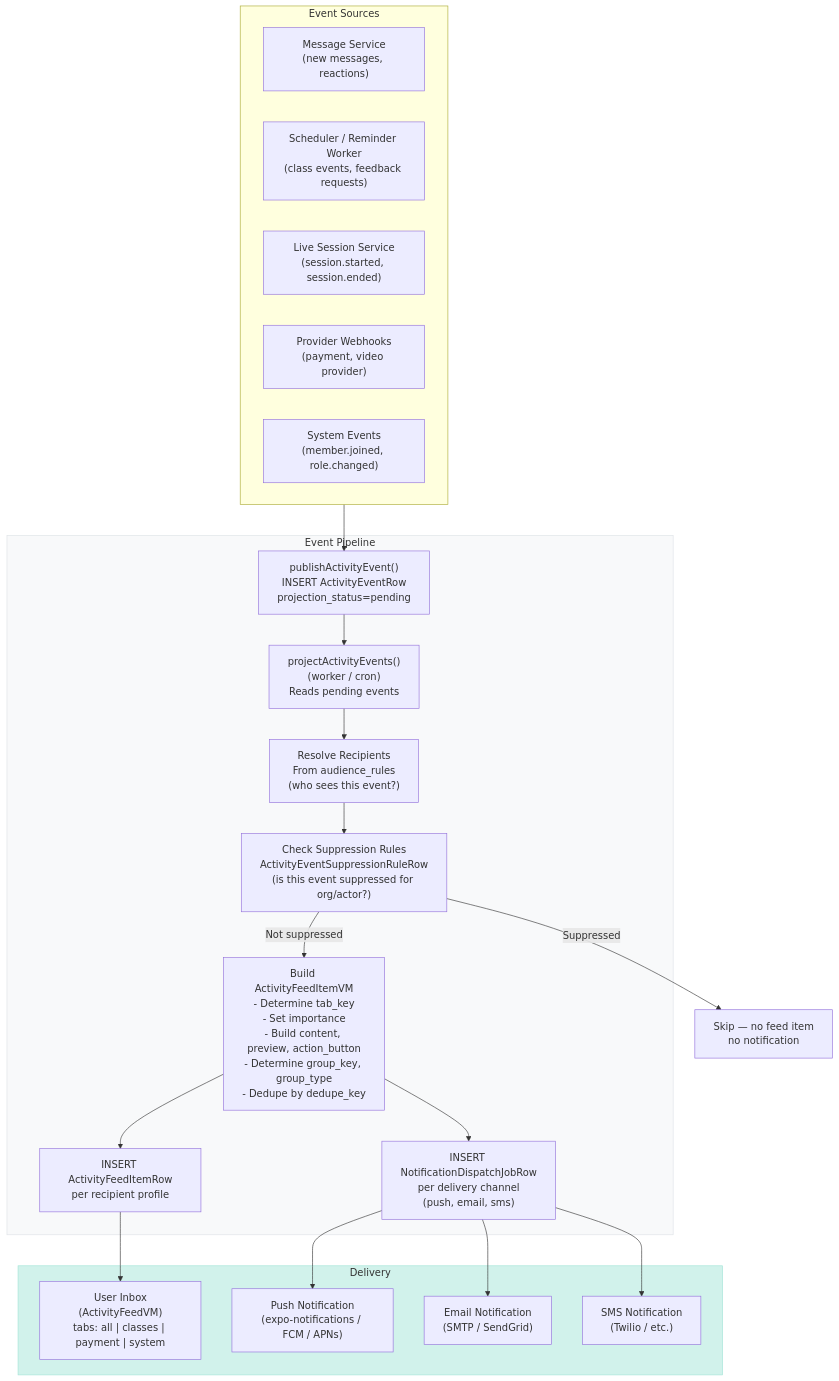
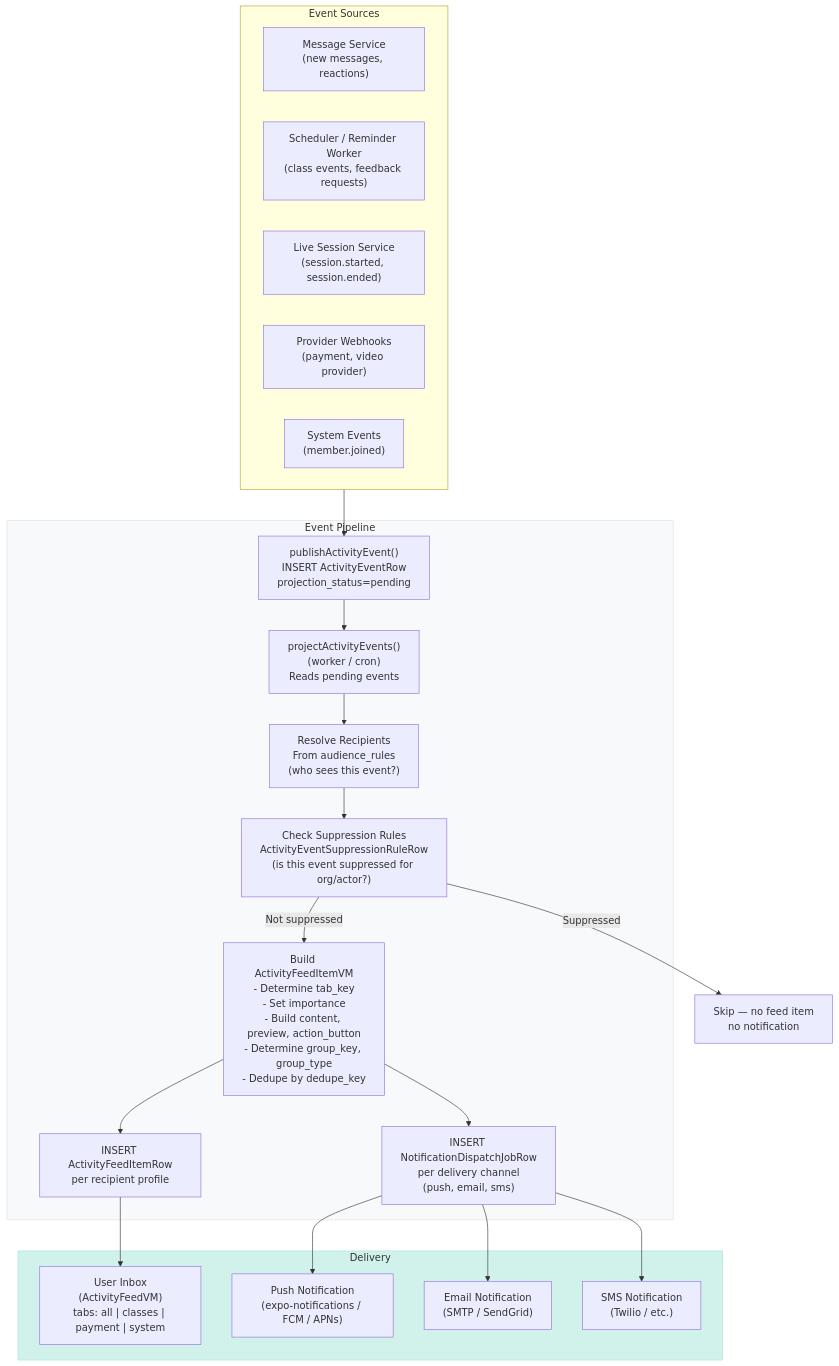
One commit to heidisoft/iconicedu-monorepo changed diagram 24 of 31 in docs/architecture/feature-diagrams.md. Above: the diagram before and after it, drawn with Mermaid. The commit also changed 20 other files, not shown here.

````diff
--- a/docs/architecture/feature-diagrams.md
+++ b/docs/architecture/feature-diagrams.md
@@ -1233,47 +1233,47 @@
 ```mermaid
 flowchart TD
     subgraph SOURCES["Event Sources"]
         MSG_SVC["Message Service\n(new messages, reactions)"]
         SCHED_SVC["Scheduler / Reminder Worker\n(class events, feedback requests)"]
         SESSION_SVC["Live Session Service\n(session.started, session.ended)"]
         WEBHOOK["Provider Webhooks\n(payment, video provider)"]
-        SYSTEM["System Events\n(member.joined, role.changed)"]
+        SYSTEM["System Events\n(member.joined)"]
     end
 
     subgraph PIPELINE["Event Pipeline"]
         PUBLISH["publishActivityEvent()\nINSERT ActivityEventRow\nprojection_status=pending"]
 
         PROJECTOR["projectActivityEvents()\n(worker / cron)\nReads pending events"]
 
         RESOLVE["Resolve Recipients\nFrom audience_rules\n(who sees this event?)"]
 
         SUPPRESS["Check Suppression Rules\nActivityEventSuppressionRuleRow\n(is this event suppressed for org/actor?)"]
 
         BUILD["Build ActivityFeedItemVM\n- Determine tab_key\n- Set importance\n- Build content, preview, action_button\n- Determine group_key, group_type\n- Dedupe by dedupe_key"]
 
         INSERT_FEED["INSERT ActivityFeedItemRow\nper recipient profile"]
 
         NOTIF["INSERT NotificationDispatchJobRow\nper delivery channel\n(push, email, sms)"]
     end
 
     subgraph DELIVERY["Delivery"]
         INBOX["User Inbox\n(ActivityFeedVM)\ntabs: all | classes | payment | system"]
         PUSH["Push Notification\n(expo-notifications / FCM / APNs)"]
         EMAIL["Email Notification\n(SMTP / SendGrid)"]
         SMS["SMS Notification\n(Twilio / etc.)"]
     end
 
     SOURCES --> PUBLISH
     PUBLISH --> PROJECTOR
     PROJECTOR --> RESOLVE
     RESOLVE --> SUPPRESS
     SUPPRESS -->|Not suppressed| BUILD
     SUPPRESS -->|Suppressed| SKIP["Skip — no feed item\nno notification"]
     BUILD --> INSERT_FEED
     BUILD --> NOTIF
     INSERT_FEED --> INBOX
     NOTIF --> PUSH & EMAIL & SMS
 
     style PIPELINE fill:#f8f9fa,stroke:#dee2e6
     style DELIVERY fill:#d1f2eb,stroke:#a3e4d7
 ```
````
